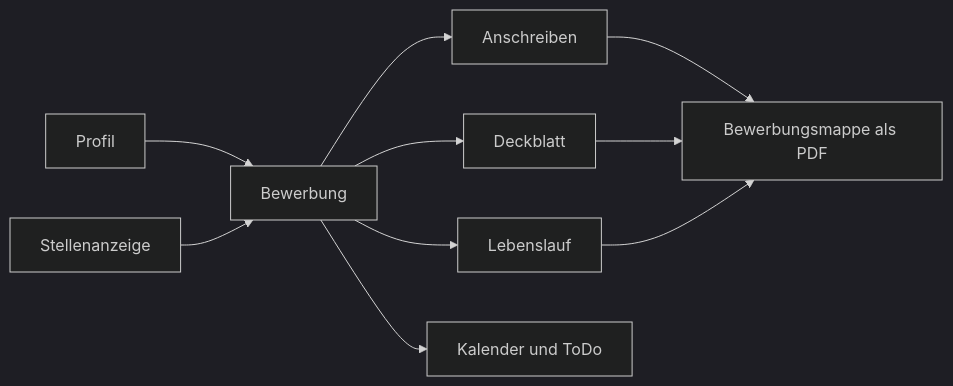
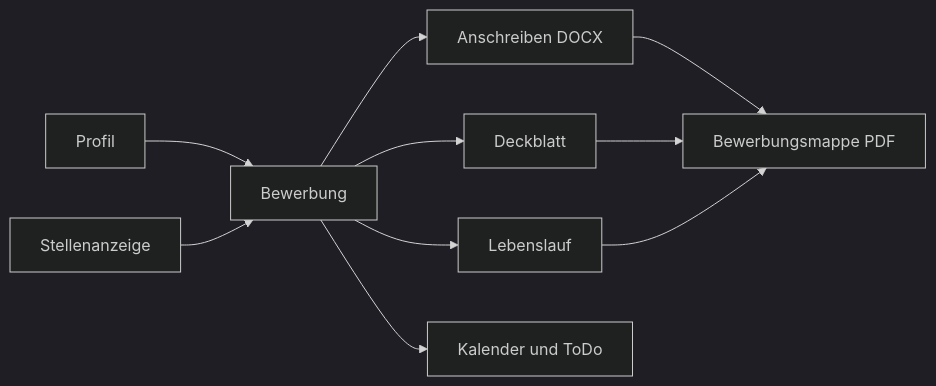
Before and after one commit to mustafa-oezdemir/bewerbung-studio: the first of 2 diagrams in README.md, drawn with Mermaid (dark theme). The commit also changed other lines of this file and 12 other files, not shown here.

````diff
--- a/README.md
+++ b/README.md
@@ -31,10 +20,10 @@
 ```mermaid
 flowchart LR
     P[Profil] --> B[Bewerbung]
-    S[Stellenanzeige] --> B
-    B --> A[Anschreiben]
+    J[Stellenanzeige] --> B
+    B --> A[Anschreiben DOCX]
     B --> D[Deckblatt]
     B --> L[Lebenslauf]
-    A & D & L --> M[Bewerbungsmappe als PDF]
+    A & D & L --> M[Bewerbungsmappe PDF]
     B --> K[Kalender und ToDo]
 ```
````
